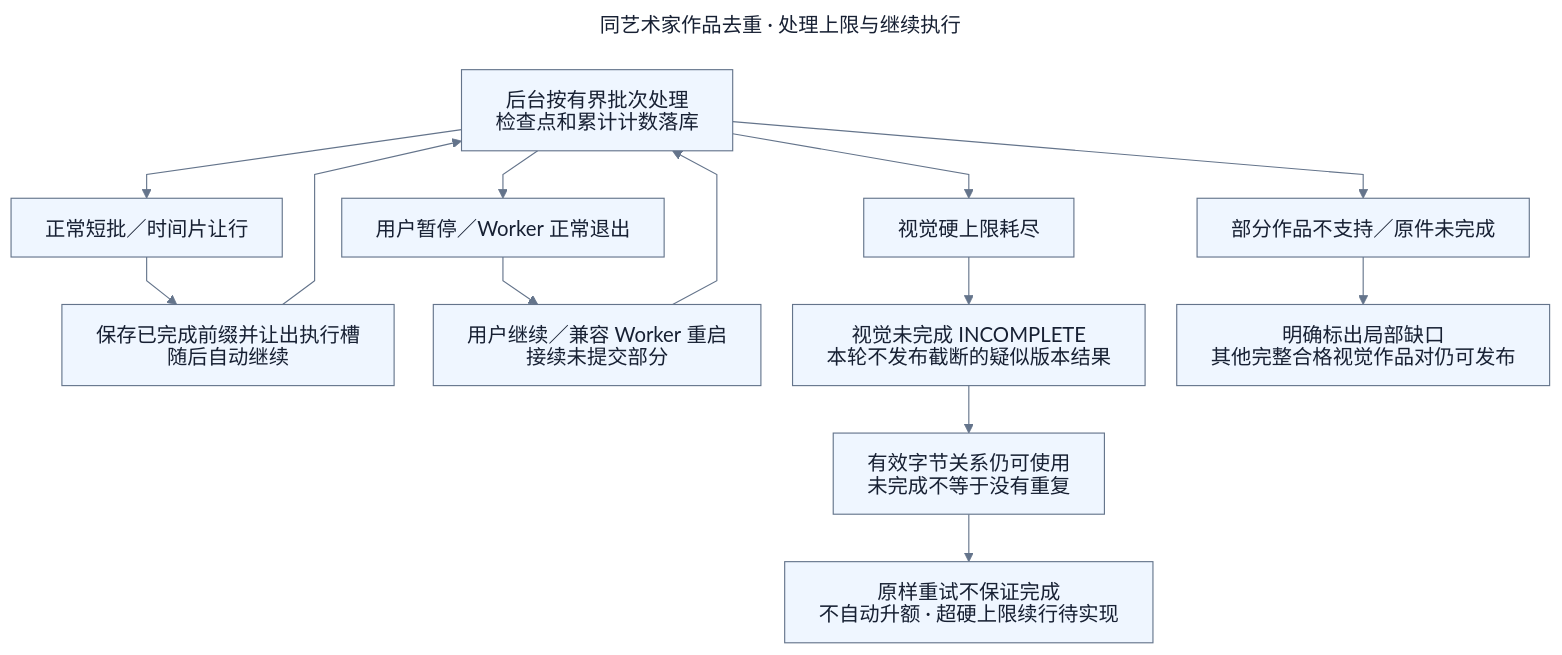
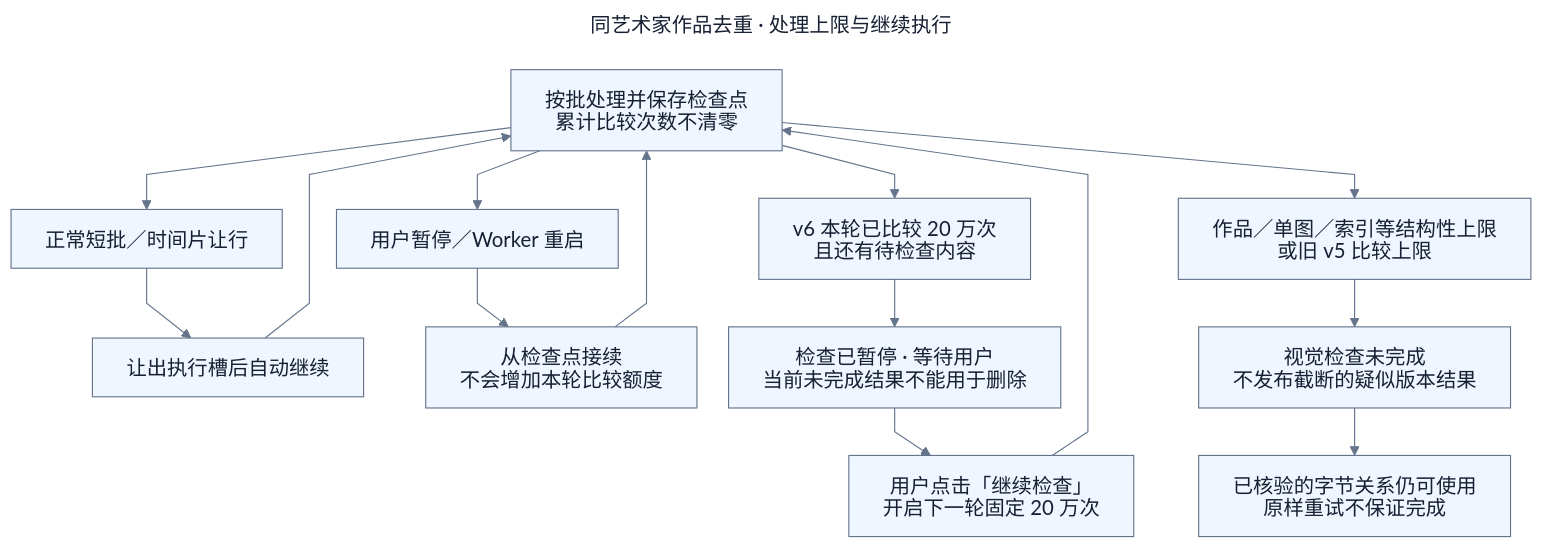
The diagram in docs/diagrams/features/artwork-deduplication/processing-limits.mmd (namehu/PixiShelf), drawn with Mermaid before and after one commit. The commit also changed 31 other files, not shown here.

```diff
--- a/docs/diagrams/features/artwork-deduplication/processing-limits.mmd
+++ b/docs/diagrams/features/artwork-deduplication/processing-limits.mmd
@@ -1,38 +1,38 @@
 ---
 config:
   theme: base
   htmlLabels: false
   themeVariables:
     fontFamily: 'Arial, PingFang SC, Microsoft YaHei, sans-serif'
     fontSize: 18px
     background: '#ffffff'
     primaryColor: '#eff6ff'
     primaryTextColor: '#172033'
     primaryBorderColor: '#64748b'
     lineColor: '#64748b'
     secondaryColor: '#f0fdf4'
     tertiaryColor: '#fff7ed'
   flowchart:
     htmlLabels: false
     curve: linear
     nodeSpacing: 28
     rankSpacing: 42
     wrappingWidth: 340
 title: 同艺术家作品去重 · 处理上限与继续执行
 ---
 flowchart TB
-  P01[后台按有界批次处理<br/>检查点和累计计数落库]
+  P01[按批处理并保存检查点<br/>累计比较次数不清零]
   P02[正常短批／时间片让行]
-  P03[保存已完成前缀并让出执行槽<br/>随后自动继续]
-  P04[用户暂停／Worker 正常退出]
-  P05[用户继续／兼容 Worker 重启<br/>接续未提交部分]
-  P06[视觉硬上限耗尽]
-  P07[视觉未完成 INCOMPLETE<br/>本轮不发布截断的疑似版本结果]
-  P08[有效字节关系仍可使用<br/>未完成不等于没有重复]
-  P09[原样重试不保证完成<br/>不自动升额 · 超硬上限续行待实现]
-  P10[部分作品不支持／原件未完成]
-  P11[明确标出局部缺口<br/>其他完整合格视觉作品对仍可发布]
+  P03[让出执行槽后自动继续]
+  P04[用户暂停／Worker 重启]
+  P05[从检查点接续<br/>不会增加本轮比较额度]
+  P06[v6 本轮已比较 20 万次<br/>且还有待检查内容]
+  P07[检查已暂停 · 等待用户<br/>当前未完成结果不能用于删除]
+  P08[用户点击「继续检查」<br/>开启下一轮固定 20 万次]
+  P09[作品／单图／索引等结构性上限<br/>或旧 v5 比较上限]
+  P10[视觉检查未完成<br/>不发布截断的疑似版本结果]
+  P11[已核验的字节关系仍可使用<br/>原样重试不保证完成]
   P01 --> P02 --> P03 --> P01
   P01 --> P04 --> P05 --> P01
-  P01 --> P06 --> P07 --> P08 --> P09
-  P01 --> P10 --> P11
+  P01 --> P06 --> P07 --> P08 --> P01
+  P01 --> P09 --> P10 --> P11
```
